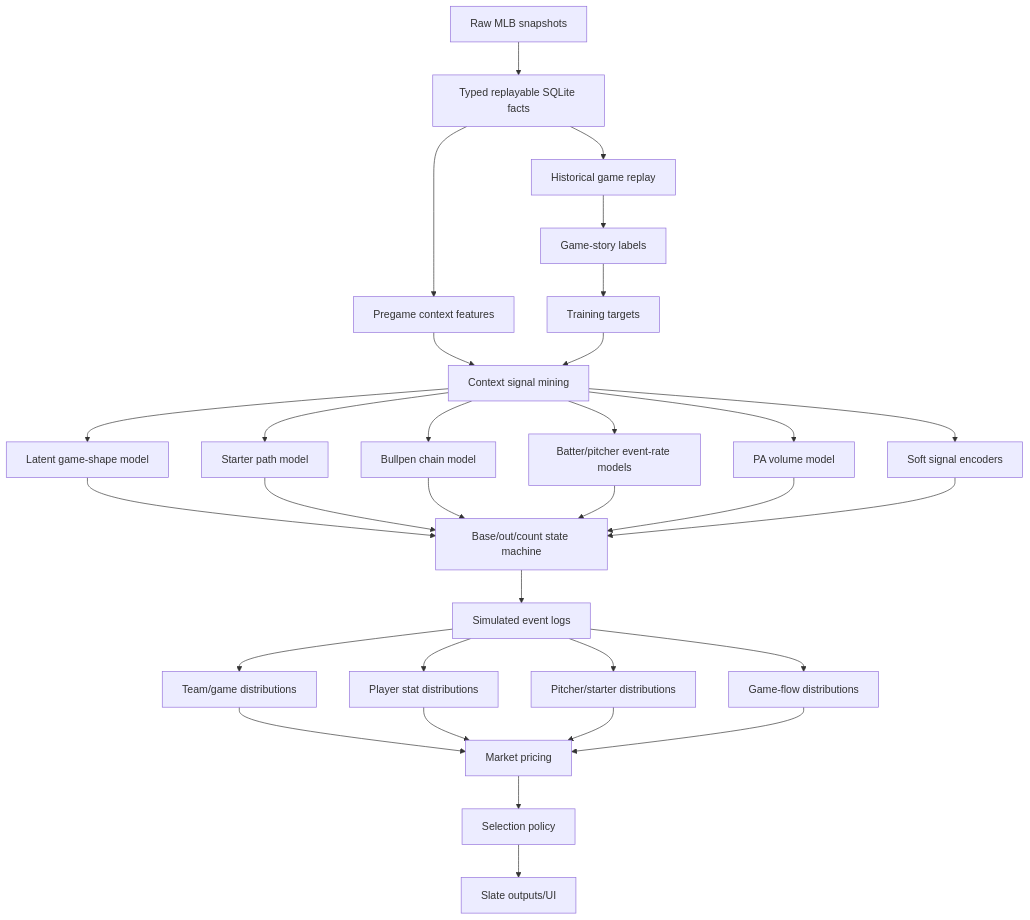
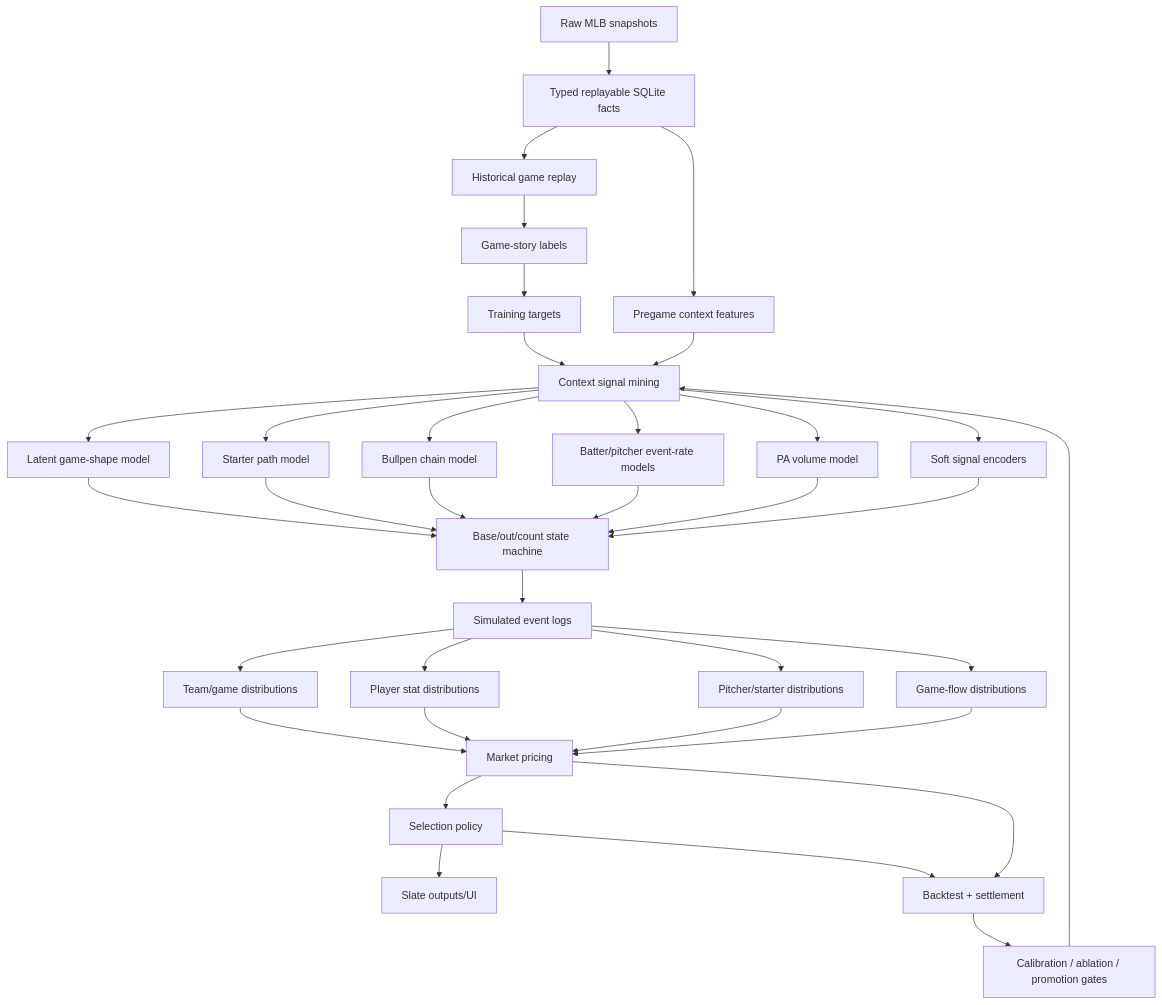
Before and after one commit to jiancchen/SlateAi: the first of 3 diagrams in research-m3/model-architecture-notes.md, drawn with Mermaid. The commit also changed other lines of this file and 8 other files, not shown here.

````diff
--- a/research-m3/model-architecture-notes.md
+++ b/research-m3/model-architecture-notes.md
@@ -46,38 +47,42 @@
 ```mermaid
 flowchart TD
   A["Raw MLB snapshots"] --> B["Typed replayable SQLite facts"]
   B --> C["Historical game replay"]
   C --> D["Game-story labels"]
   B --> E["Pregame context features"]
   D --> F["Training targets"]
   E --> G["Context signal mining"]
   F --> G
 
   G --> H["Latent game-shape model"]
   G --> I["Starter path model"]
   G --> J["Bullpen chain model"]
   G --> K["Batter/pitcher event-rate models"]
   G --> L["PA volume model"]
   G --> M["Soft signal encoders"]
 
   H --> N["Base/out/count state machine"]
   I --> N
   J --> N
   K --> N
   L --> N
   M --> N
 
   N --> O["Simulated event logs"]
   O --> P["Team/game distributions"]
   O --> Q["Player stat distributions"]
   O --> R["Pitcher/starter distributions"]
   O --> S["Game-flow distributions"]
 
   P --> T["Market pricing"]
   Q --> T
   R --> T
   S --> T
 
   T --> U["Selection policy"]
   U --> V["Slate outputs/UI"]
+  T --> W["Backtest + settlement"]
+  U --> W
+  W --> X["Calibration / ablation / promotion gates"]
+  X --> G
 ```
````
